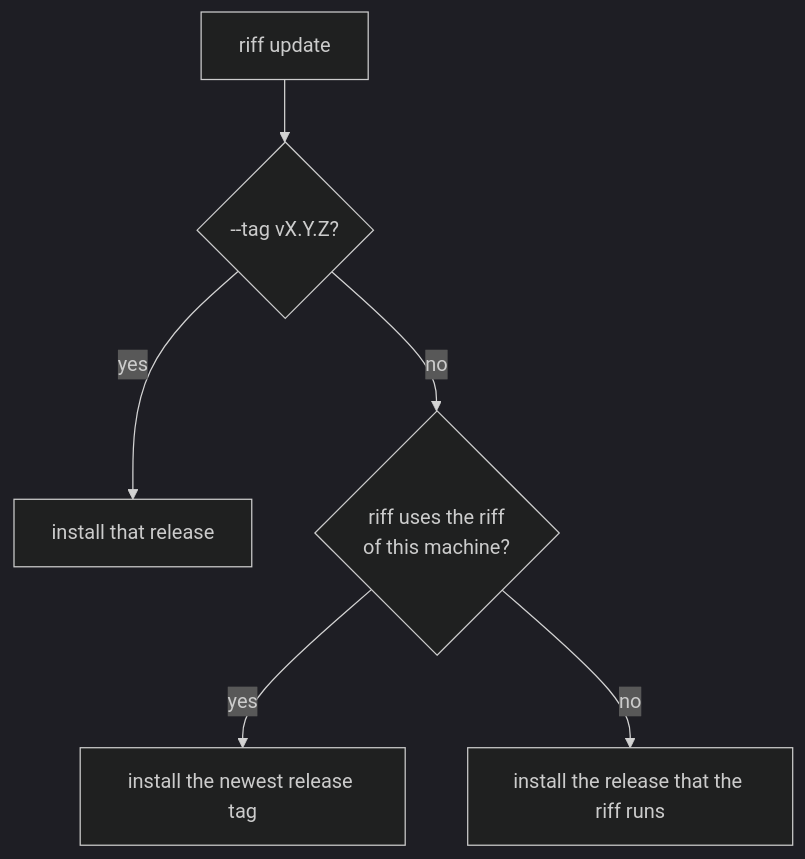
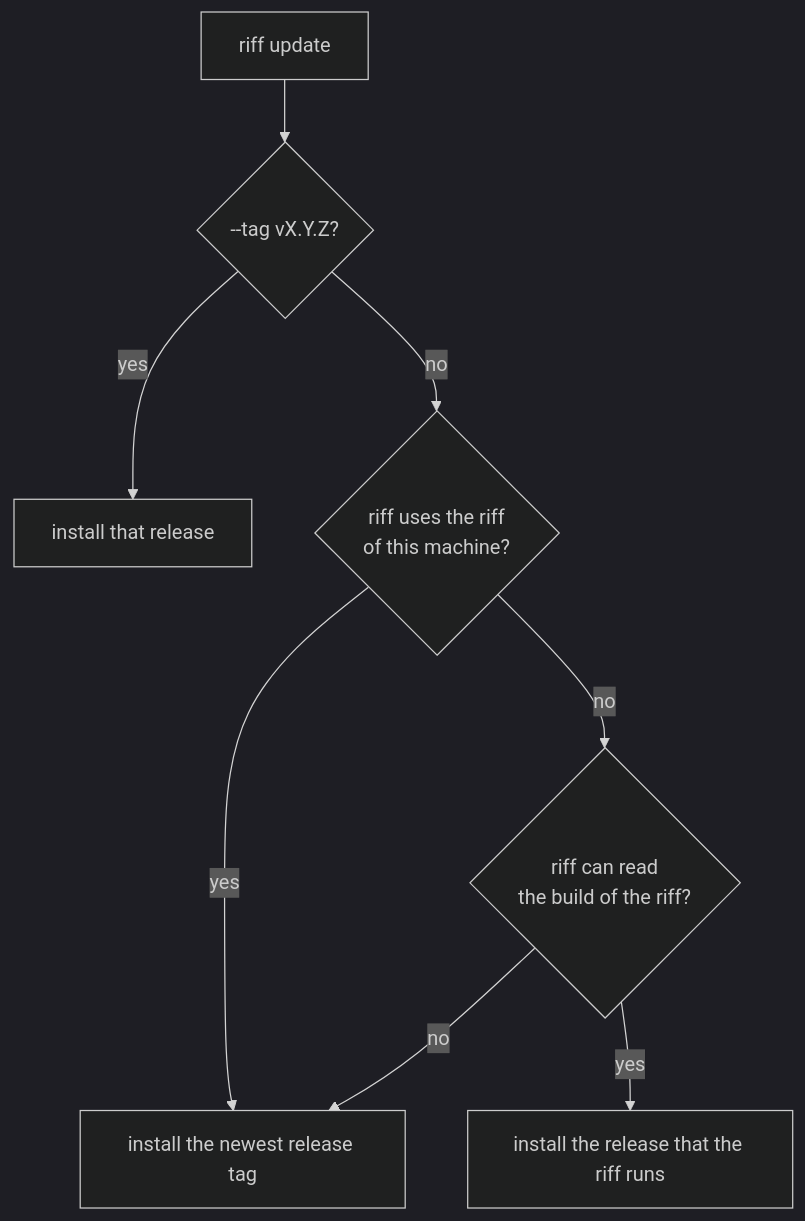
The fifth of 30 diagrams in docs/src/how-it-works.md (como-technologies/riff), drawn with Mermaid (dark theme) before and after one commit. The commit also changed other lines of this file and 5 other files, not shown here.

First line of the commit message:
riff update falls back to the newest release when it cannot read the build of the riff (#197)

````diff
--- a/docs/src/how-it-works.md
+++ b/docs/src/how-it-works.md
@@ -223,8 +223,10 @@
 ```mermaid
 flowchart TD
     U[riff update] --> T{"--tag vX.Y.Z?"}
     T -- yes --> I[install that release]
     T -- no --> L{"riff uses the riff<br/>of this machine?"}
     L -- yes --> N[install the newest release tag]
-    L -- no --> S[install the release that the riff runs]
+    L -- no --> B{"riff can read<br/>the build of the riff?"}
+    B -- yes --> S[install the release that the riff runs]
+    B -- no --> N
 ```
````
